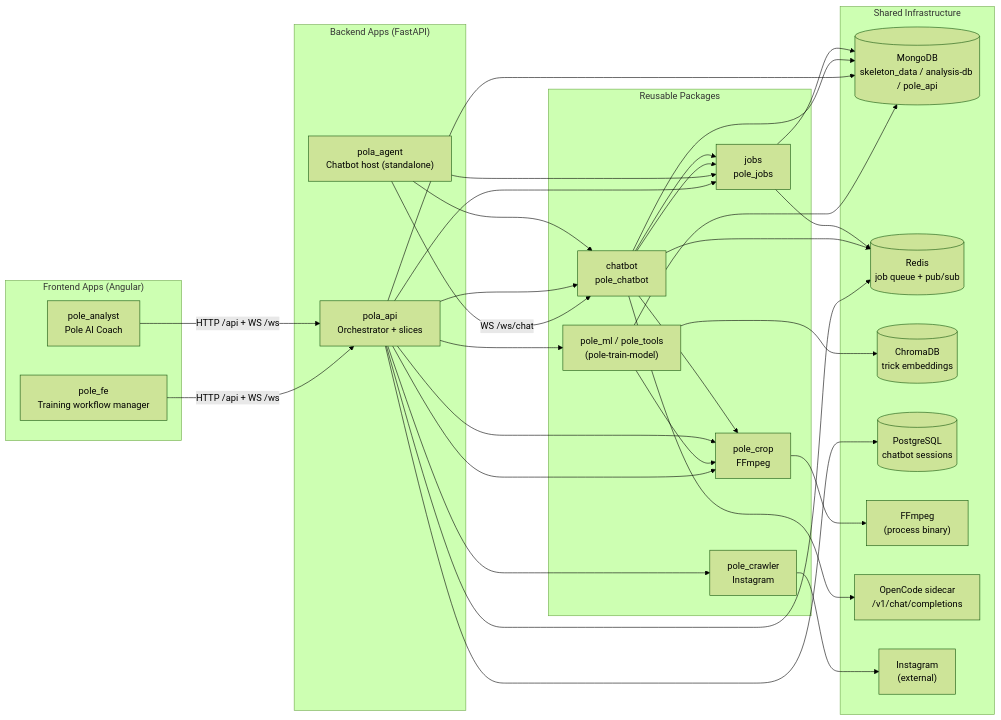
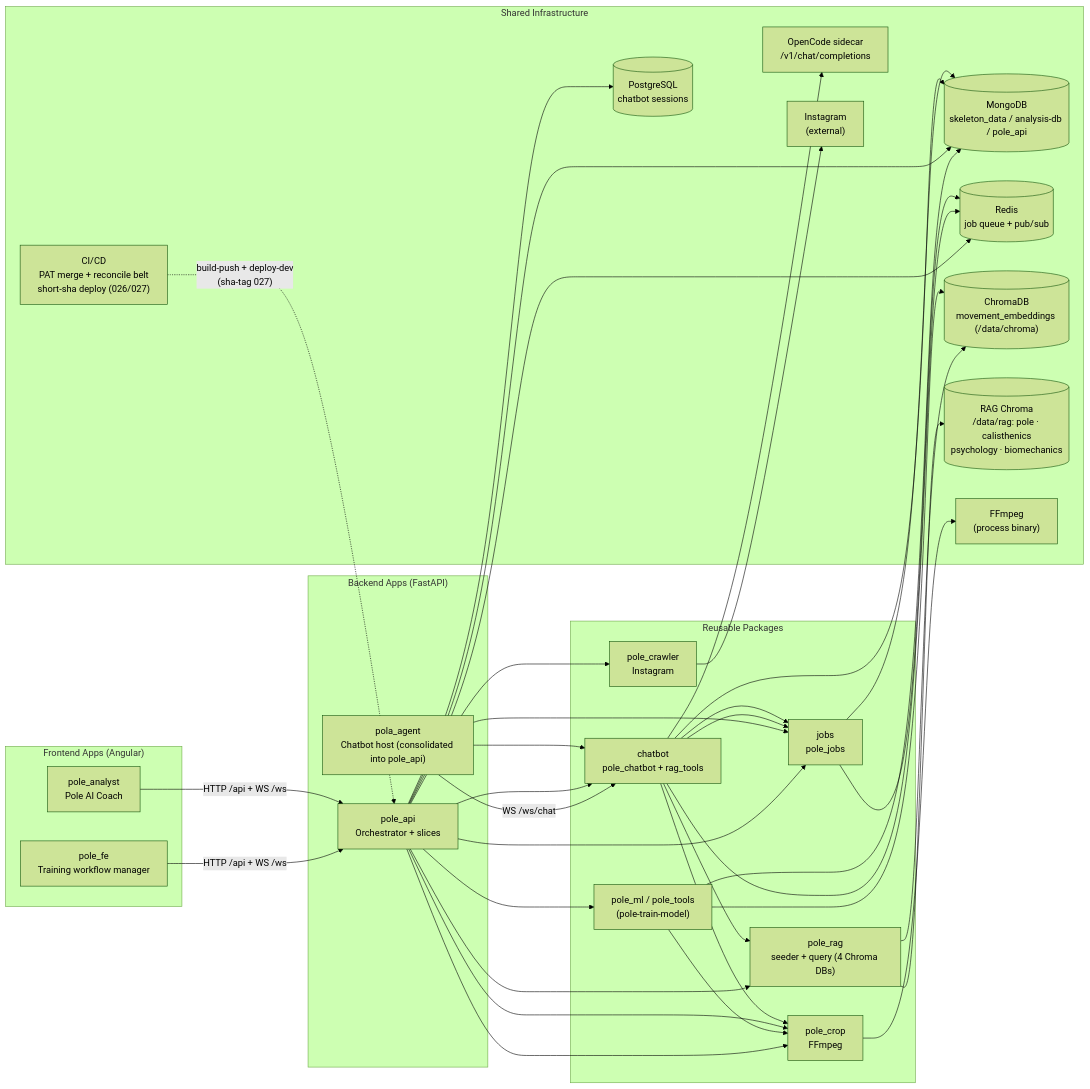
One commit to fpalero/pole-ai-ml-docs changed the diagram in diagrams/ARCHITECTURE.md. Above: the diagram before and after it, drawn with Mermaid (forest theme). The commit also changed other lines of this file and 7 other files, not shown here.

First line of the commit message:
docs(rag+infra): regenerate DEVELOPEMENT + ARCHITECTURE + FLOW/CLASSES for Phase 6 DONE, 026 PAT+belt, 027 sha-tag E2E (#17)

````diff
--- a/diagrams/ARCHITECTURE.md
+++ b/diagrams/ARCHITECTURE.md
@@ -12,71 +12,80 @@
 ```mermaid
 flowchart LR
     %% ======================= FRONTEND (apps) =======================
     subgraph FE["Frontend Apps (Angular)"]
         PF["pole_fe<br/>Training workflow manager"]
         PA["pole_analyst<br/>Pole AI Coach"]
     end
 
     %% ======================= BACKEND (apps) =======================
     subgraph BE["Backend Apps (FastAPI)"]
-        API["pola_api<br/>Orchestrator + slices"]
-        AG["pola_agent<br/>Chatbot host (standalone)"]
+        API["pole_api<br/>Orchestrator + slices"]
+        AG["pola_agent<br/>Chatbot host (consolidated into pole_api)"]
     end
 
     %% ======================= PACKAGES =======================
     subgraph PKG["Reusable Packages"]
         ML["pole_ml / pole_tools<br/>(pole-train-model)"]
         CROP["pole_crop<br/>FFmpeg"]
         CR["pole_crawler<br/>Instagram"]
-        CH["chatbot<br/>pole_chatbot"]
+        CH["chatbot<br/>pole_chatbot + rag_tools"]
+        RAG["pole_rag<br/>seeder + query (4 Chroma DBs)"]
         J["jobs<br/>pole_jobs"]
     end
 
     %% ======================= INFRASTRUCTURE =======================
     subgraph INFRA["Shared Infrastructure"]
         MONGO[("MongoDB<br/>skeleton_data / analysis-db / pole_api")]
         REDIS[("Redis<br/>job queue + pub/sub")]
-        CHROMA[("ChromaDB<br/>trick embeddings")]
+        CHROMA[("ChromaDB<br/>movement_embeddings (/data/chroma)")]
+        RAGDB[("RAG Chroma<br/>/data/rag: pole · calisthenics<br/>psychology · biomechanics")]
         PG[("PostgreSQL<br/>chatbot sessions")]
         FFMPEG["FFmpeg<br/>(process binary)"]
         OC["OpenCode sidecar<br/>/v1/chat/completions"]
         IG["Instagram<br/>(external)"]
+        CICD["CI/CD<br/>PAT merge + reconcile belt<br/>short-sha deploy (026/027)"]
     end
 
     %% ======================= COMMUNICATION =======================
     PF -- "HTTP /api + WS /ws" --> API
     PA -- "HTTP /api + WS /ws" --> API
     AG -- "WS /ws/chat" --> CH
 
     API --> ML
     API --> CROP
     API --> CR
     API --> CH
+    API --> RAG
     API --> J
 
     AG --> CH
     AG --> J
 
     CH --> J
+    CH --> RAG
+    RAG --> RAGDB
+    RAG --> CHROMA
 
     ML --> MONGO
     ML --> CHROMA
     CR --> IG
 
     CH --> OC
     CH --> J
 
     API --> MONGO
     API --> REDIS
     API --> PG
 
     CH --> MONGO
     CH --> REDIS
     J --> REDIS
     J --> MONGO
 
     CROP --> FFMPEG
     ML --> CROP
     API --> CROP
     CH --> CROP
+
+    CICD -.->|"build-push + deploy-dev<br/>(sha-tag 027)"| API
 ```
````
